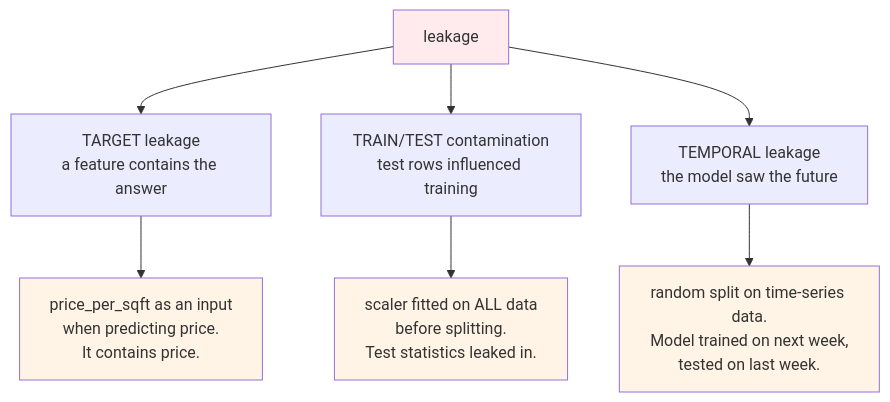
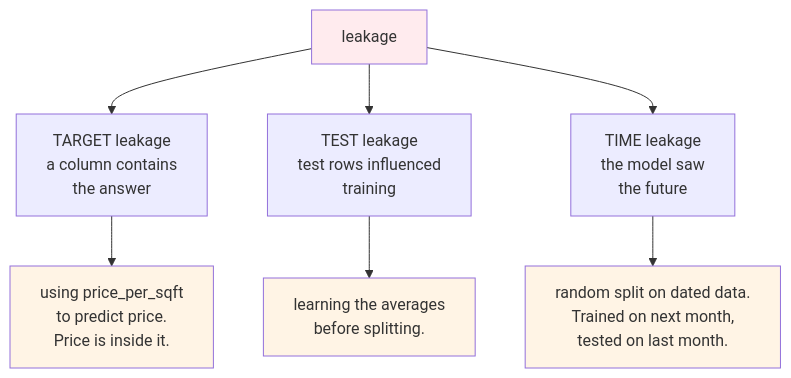
The eighth of 9 diagrams in site/docs/m3-data-to-model/lesson.mdx (schoolofdevops/402-mlops-site), drawn with Mermaid before and after one commit. The commit also changed other lines of this file, not shown here.

````diff
--- a/site/docs/m3-data-to-model/lesson.mdx
+++ b/site/docs/m3-data-to-model/lesson.mdx
@@ -242,15 +423,15 @@
 ```mermaid
 flowchart TB
-    L["leakage"] --> L1["TARGET leakage<br/>a feature contains the answer"]
-    L --> L2["TRAIN/TEST contamination<br/>test rows influenced training"]
-    L --> L3["TEMPORAL leakage<br/>the model saw the future"]
+    L["leakage"] --> L1["TARGET leakage<br/>a column contains<br/>the answer"]
+    L --> L2["TEST leakage<br/>test rows influenced<br/>training"]
+    L --> L3["TIME leakage<br/>the model saw<br/>the future"]
 
-    L1 --> E1["price_per_sqft as an input<br/>when predicting price.<br/>It contains price."]
-    L2 --> E2["scaler fitted on ALL data<br/>before splitting.<br/>Test statistics leaked in."]
-    L3 --> E3["random split on time-series data.<br/>Model trained on next week,<br/>tested on last week."]
+    L1 --> E1["using price_per_sqft<br/>to predict price.<br/>Price is inside it."]
+    L2 --> E2["learning the averages<br/>before splitting."]
+    L3 --> E3["random split on dated data.<br/>Trained on next month,<br/>tested on last month."]
 
     style L fill:#ffebee
     style E1 fill:#fff4e5
     style E2 fill:#fff4e5
     style E3 fill:#fff4e5
 ```
````
